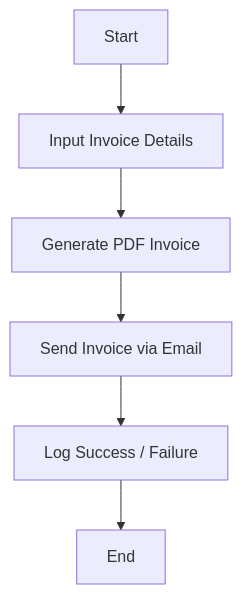
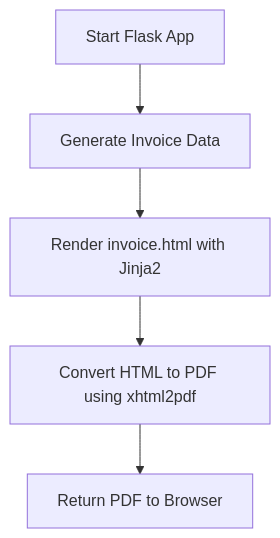
The diagram in README.md (amin3ltd/automatic_invoice_generator), drawn with Mermaid before and after one commit. The commit also changed other lines of this file, not shown here.

````diff
--- a/README.md
+++ b/README.md
@@ -97,8 +115,7 @@
 ```mermaid
 flowchart TD
-    A[Start] --> B[Input Invoice Details]
-    B --> C[Generate PDF Invoice]
-    C --> D[Send Invoice via Email]
-    D --> E[Log Success / Failure]
-    E --> F[End]
+    A[Start Flask App] --> B[Generate Invoice Data]
+    B --> C[Render invoice.html with Jinja2]
+    C --> D[Convert HTML to PDF using xhtml2pdf]
+    D --> E[Return PDF to Browser]
 ```
````
